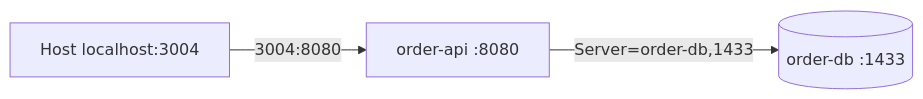
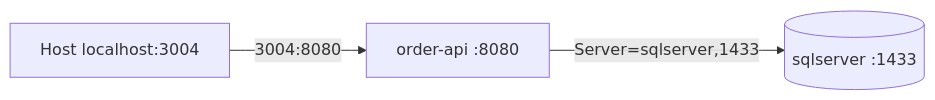
One commit to Back-End-Cloud-Computing/order changed the fourth of 4 diagrams in docs/SDD.md. Above: the diagram before and after it, drawn with Mermaid. The commit also changed other lines of this file and 12 other files, not shown here.

````diff
--- a/docs/SDD.md
+++ b/docs/SDD.md
@@ -488,5 +492,5 @@
 ```mermaid
 flowchart LR
     Host[Host localhost:3004] -->|3004:8080| Api[order-api :8080]
-    Api -->|Server=order-db,1433| Db[(order-db :1433)]
+    Api -->|Server=sqlserver,1433| Db[(sqlserver :1433)]
 ```
````
